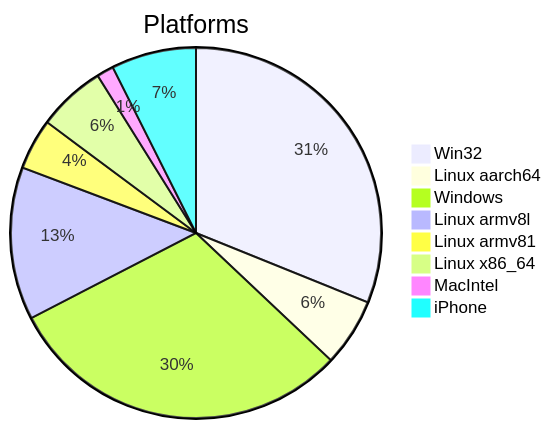
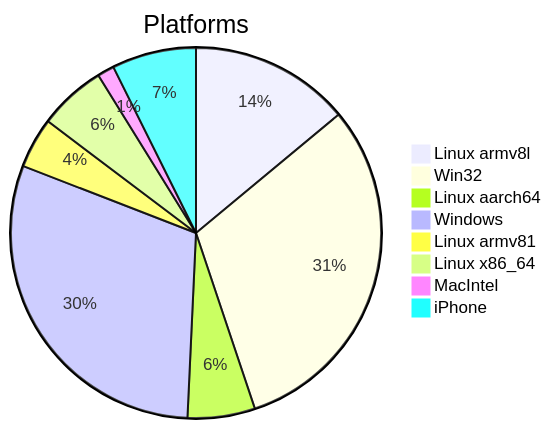
One commit to Krugou/socials changed the first of 2 diagrams in DATA_REPORT.md. Above: the diagram before and after it, drawn with Mermaid. The commit also changed other lines of this file and 2 other files, not shown here.

````diff
--- a/DATA_REPORT.md
+++ b/DATA_REPORT.md
@@ -9,11 +9,11 @@
 ```mermaid
 pie title Platforms
+    "Linux armv8l" : 19
     "Win32" : 42
     "Linux aarch64" : 8
     "Windows" : 41
-    "Linux armv8l" : 18
     "Linux armv81" : 6
     "Linux x86_64" : 8
     "MacIntel" : 2
     "iPhone" : 10
 ```
````
